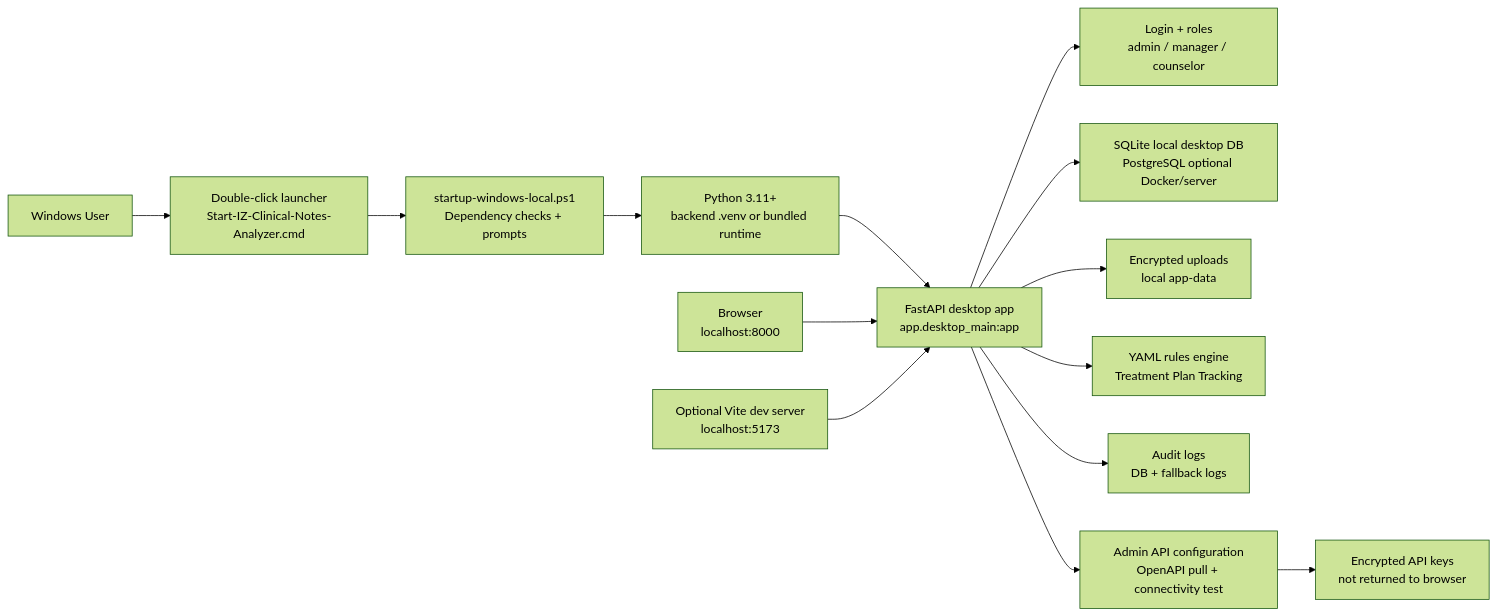
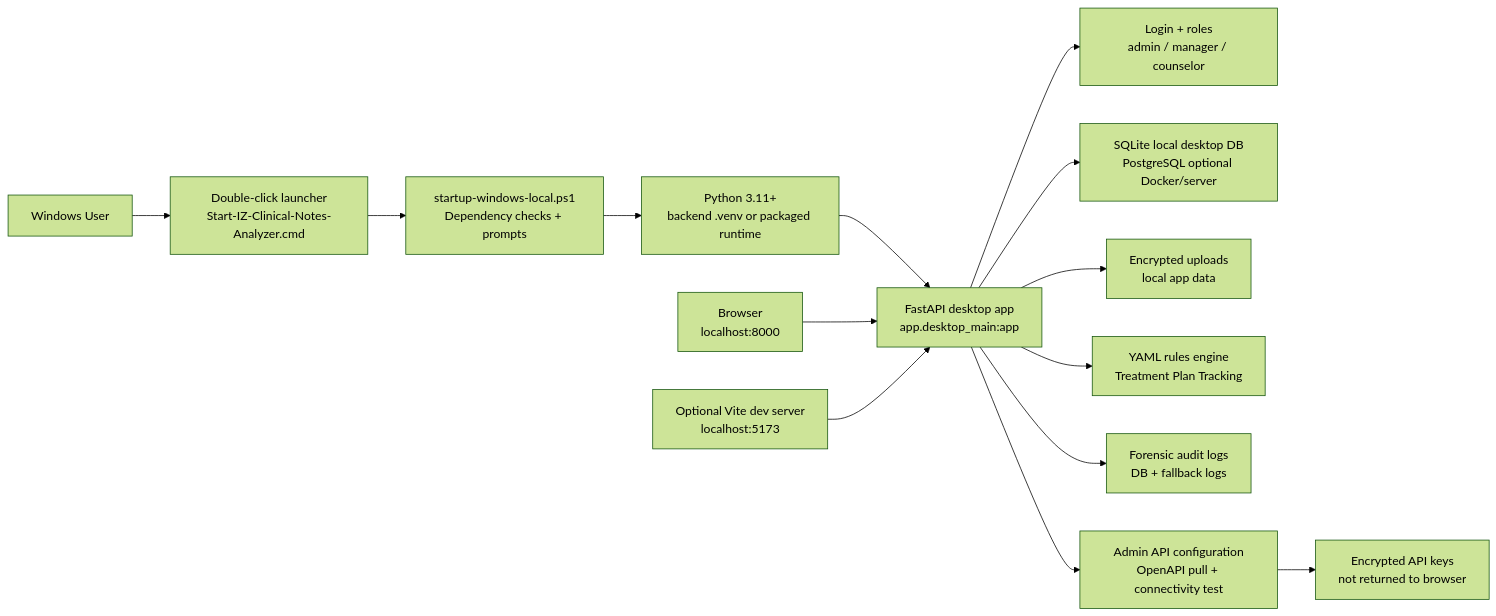
Before and after one commit to martyw1/IZ_clinical-notes-analyzer: the diagram in README.md, drawn with Mermaid (forest theme). The commit also changed other lines of this file and 5 other files, not shown here.

````diff
--- a/README.md
+++ b/README.md
@@ -813,16 +899,16 @@
 ```mermaid
 flowchart LR
     User["Windows User"] --> Launcher["Double-click launcher\nStart-IZ-Clinical-Notes-Analyzer.cmd"]
     Launcher --> Startup["startup-windows-local.ps1\nDependency checks + prompts"]
-    Startup --> Runtime["Python 3.11+\nbackend .venv or bundled runtime"]
+    Startup --> Runtime["Python 3.11+\nbackend .venv or packaged runtime"]
     Runtime --> App["FastAPI desktop app\napp.desktop_main:app"]
     Browser["Browser\nlocalhost:8000"] --> App
     App --> Auth["Login + roles\nadmin / manager / counselor"]
     App --> DB["SQLite local desktop DB\nPostgreSQL optional Docker/server"]
-    App --> Uploads["Encrypted uploads\nlocal app-data"]
+    App --> Uploads["Encrypted uploads\nlocal app data"]
     App --> Rules["YAML rules engine\nTreatment Plan Tracking"]
-    App --> Audit["Audit logs\nDB + fallback logs"]
+    App --> Audit["Forensic audit logs\nDB + fallback logs"]
     App --> APIConfig["Admin API configuration\nOpenAPI pull + connectivity test"]
     APIConfig --> SecretStore["Encrypted API keys\nnot returned to browser"]
     DevFrontend["Optional Vite dev server\nlocalhost:5173"] --> App
 ```
````
